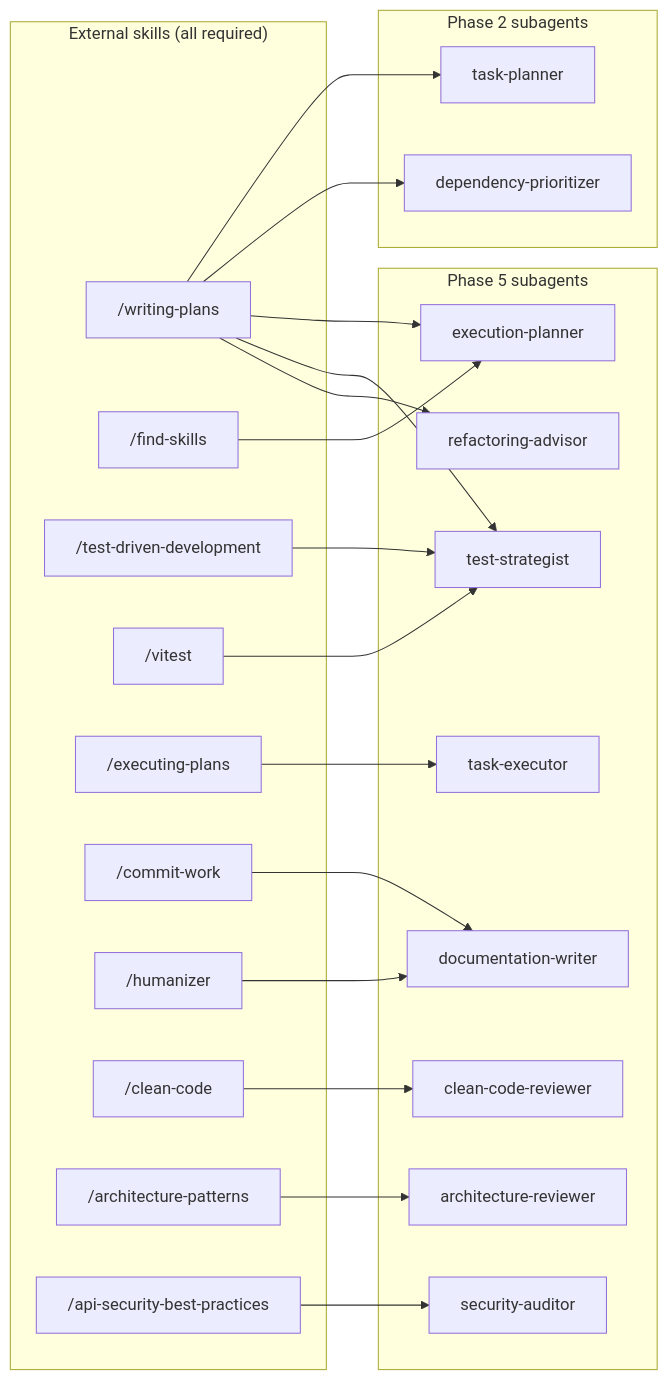
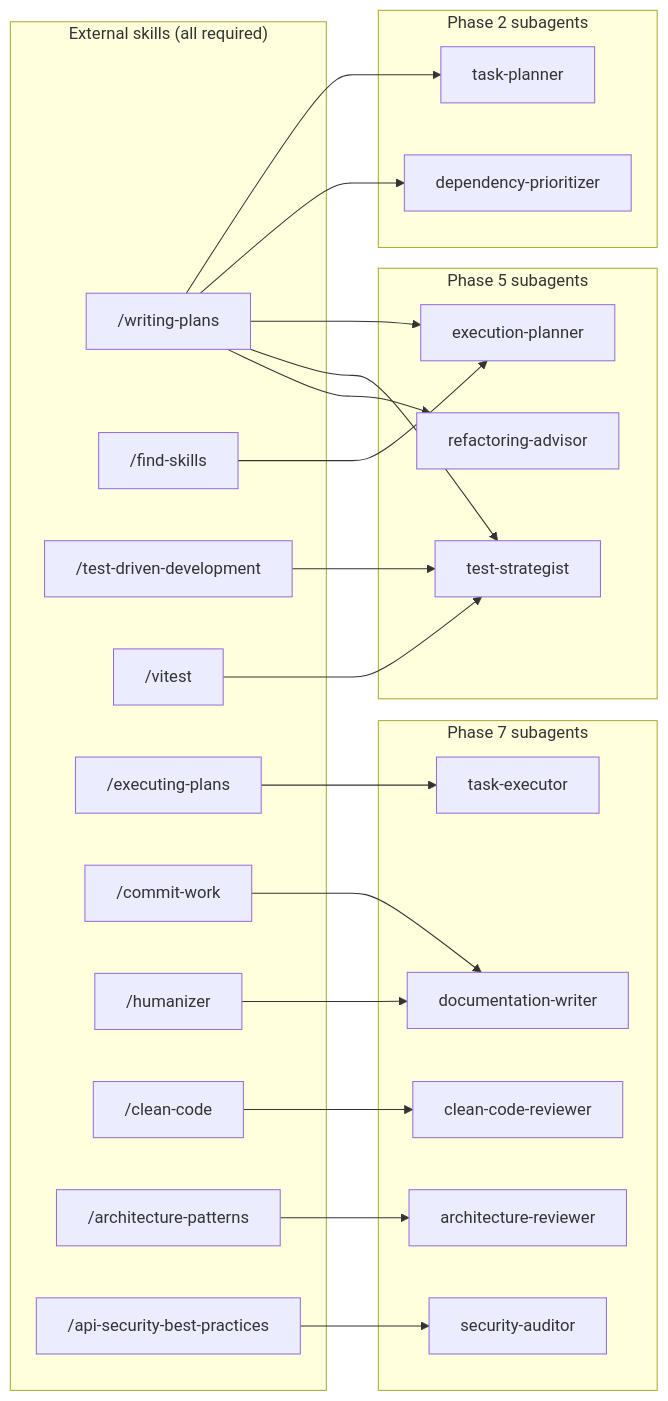
The third of 3 diagrams in docs/orchestrating-jira-workflow/05-principles-and-patterns.md (b-mendoza/agent-skills), drawn with Mermaid before and after one commit. The commit also changed other lines of this file and 5 other files, not shown here.

First line of the commit message:
docs(orchestrating-jira-workflow): update architecture docs for 7-phase pipeline

````diff
--- a/docs/orchestrating-jira-workflow/05-principles-and-patterns.md
+++ b/docs/orchestrating-jira-workflow/05-principles-and-patterns.md
@@ -242,46 +270,49 @@
 ```mermaid
 flowchart LR
     subgraph SKILLS["External skills (all required)"]
         WP["/writing-plans"]
         FS["/find-skills"]
         TDD["/test-driven-development"]
         VT["/vitest"]
         EP_S["/executing-plans"]
         CW["/commit-work"]
         HU["/humanizer"]
         CC["/clean-code"]
         AP["/architecture-patterns"]
         SB["/api-security-best-practices"]
     end
 
     subgraph P2["Phase 2 subagents"]
         TP2["task-planner"]
         DP2["dependency-prioritizer"]
     end
 
     subgraph P5["Phase 5 subagents"]
         EP2["execution-planner"]
         TS2["test-strategist"]
         RA2["refactoring-advisor"]
+    end
+
+    subgraph P7["Phase 7 subagents"]
         TE2["task-executor"]
         DW2["documentation-writer"]
         CCR["clean-code-reviewer"]
         AR["architecture-reviewer"]
         SA["security-auditor"]
     end
 
     WP --> TP2
     WP --> DP2
     WP --> EP2
     WP --> TS2
     WP --> RA2
     FS --> EP2
     TDD --> TS2
     VT --> TS2
     EP_S --> TE2
     CW --> DW2
     HU --> DW2
     CC --> CCR
     AP --> AR
     SB --> SA
 ```
````
